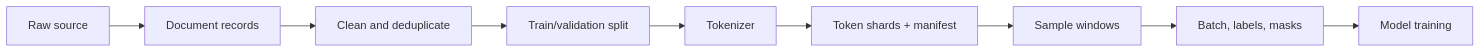
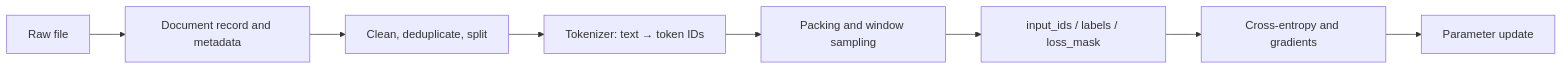
One commit to WenbinWang12/Modern-Sequence-Models-from-Scratch changed the diagram in docs/book/en/10_data_contract.md. Above: the diagram before and after it, drawn with Mermaid. The commit also changed other lines of this file and 1 other file, not shown here.

```diff
--- a/docs/book/en/10_data_contract.md
+++ b/docs/book/en/10_data_contract.md
@@ -72,11 +148,10 @@
 ~~~mermaid
 flowchart LR
-    A[Raw source] --> B[Document records]
-    B --> C[Clean and deduplicate]
-    C --> D[Train/validation split]
-    D --> E[Tokenizer]
-    E --> F[Token shards + manifest]
-    F --> G[Sample windows]
-    G --> H[Batch, labels, masks]
-    H --> I[Model training]
+    A[Raw file] --> B[Document record and metadata]
+    B --> C[Clean, deduplicate, split]
+    C --> D[Tokenizer: text → token IDs]
+    D --> E[Packing and window sampling]
+    E --> F[input_ids / labels / loss_mask]
+    F --> G[Cross-entropy and gradients]
+    G --> H[Parameter update]
 ~~~
```
